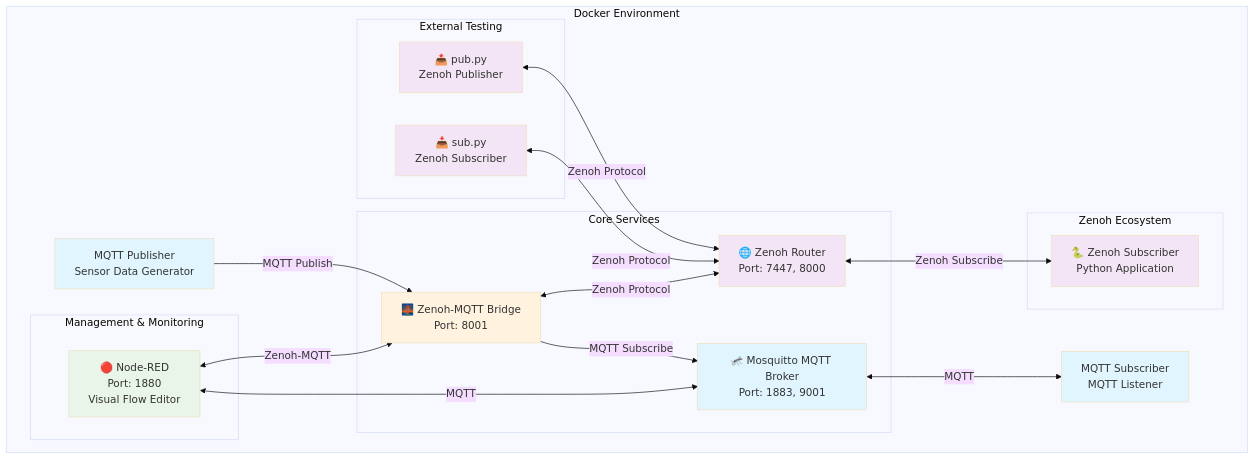
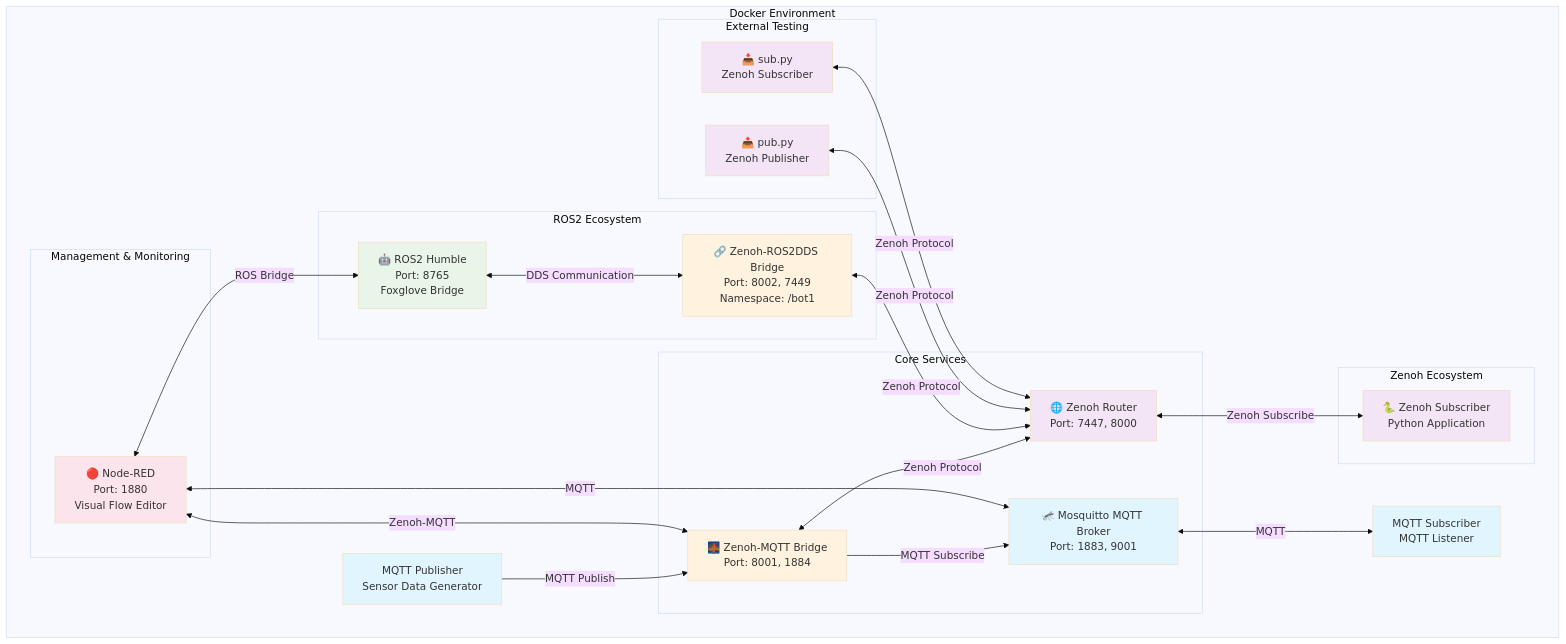
Before and after one commit to harunkurtdev/zenoh-multi-bridge: the first of 3 diagrams in README.md, drawn with Mermaid (base theme). The commit also changed other lines of this file and 1 other file, not shown here.

````diff
--- a/README.md
+++ b/README.md
@@ -60,50 +81,64 @@
 ```mermaid
 graph TB
     subgraph "Docker Environment"
         MQTTPub[MQTT Publisher<br/>Sensor Data Generator]
         MQTTSub[MQTT Subscriber<br/>MQTT Listener]
         
         subgraph "Core Services"
             Mosquitto[🦟 Mosquitto MQTT Broker<br/>Port: 1883, 9001]
             ZenohRouter[🌐 Zenoh Router<br/>Port: 7447, 8000]
-            Bridge[🌉 Zenoh-MQTT Bridge<br/>Port: 8001]
+            MQTTBridge[🌉 Zenoh-MQTT Bridge<br/>Port: 8001, 1884]
+        end
+        
+        subgraph "ROS2 Ecosystem"
+            ROS2[🤖 ROS2 Humble<br/>Port: 8765<br/>Foxglove Bridge]
+            ROSBridge[🔗 Zenoh-ROS2DDS Bridge<br/>Port: 8002, 7449<br/>Namespace: /bot1]
         end
         
         subgraph "Management & Monitoring"
             NodeRED[🔴 Node-RED<br/>Port: 1880<br/>Visual Flow Editor]
         end
         
         subgraph "Zenoh Ecosystem"
             ZenohSub[🐍 Zenoh Subscriber<br/>Python Application]
         end
         
         subgraph "External Testing"
             PubPy[📤 pub.py<br/>Zenoh Publisher]
             SubPy[📥 sub.py<br/>Zenoh Subscriber]
         end
     end
     
     %% Data Flow Connections
-    MQTTPub -->|MQTT Publish| Bridge
-    Bridge -->|MQTT Subscribe| Mosquitto
-    Bridge <-->|Zenoh Protocol| ZenohRouter
+    MQTTPub -->|MQTT Publish| MQTTBridge
+    MQTTBridge -->|MQTT Subscribe| Mosquitto
+    MQTTBridge <-->|Zenoh Protocol| ZenohRouter
     ZenohRouter <-->|Zenoh Subscribe| ZenohSub
     
+    %% ROS2 Integration
+    ROS2 <-->|DDS Communication| ROSBridge
+    ROSBridge <-->|Zenoh Protocol| ZenohRouter
+    
+    %% Traditional MQTT Flow
     Mosquitto <-->|MQTT| MQTTSub
     NodeRED <-->|MQTT| Mosquitto
-    NodeRED <-->|Zenoh-MQTT| Bridge
+    NodeRED <-->|Zenoh-MQTT| MQTTBridge
+    NodeRED <-->|ROS Bridge| ROS2
     
+    %% External Testing
     PubPy <-->|Zenoh Protocol| ZenohRouter
     SubPy <-->|Zenoh Protocol| ZenohRouter
     
     %% Styling
     classDef mqttService fill:#e1f5fe
     classDef zenohService fill:#f3e5f5
     classDef bridgeService fill:#fff3e0
-    classDef managementService fill:#e8f5e8
+    classDef rosService fill:#e8f5e8
+    classDef managementService fill:#fce4ec
     
     class Mosquitto,MQTTPub,MQTTSub mqttService
     class ZenohRouter,ZenohSub,PubPy,SubPy zenohService
-    class Bridge bridgeService
+    class MQTTBridge,ROSBridge bridgeService
+    class ROS2 rosService
     class NodeRED managementService
 ```
````
